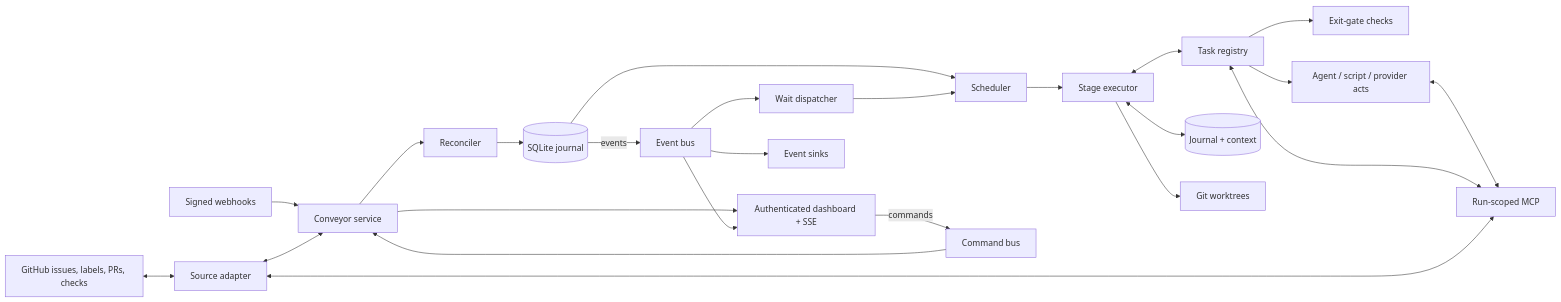
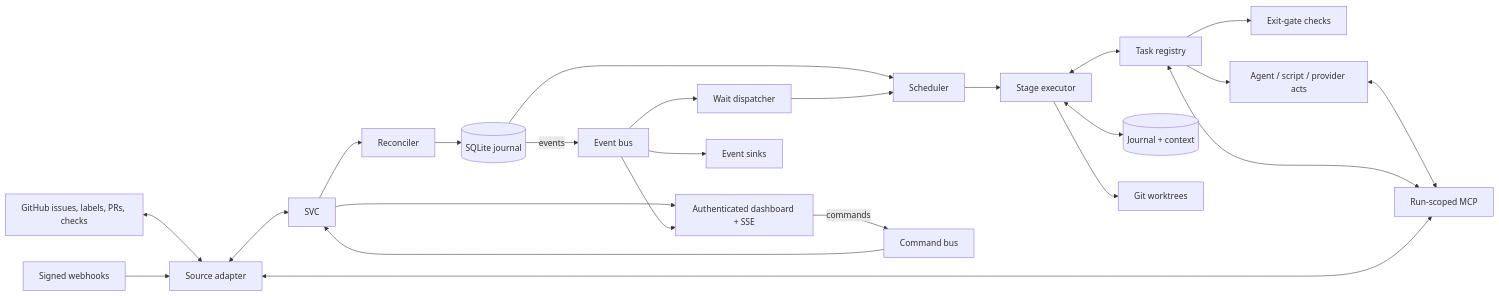
Before and after one commit to Abaniumbay/conveyor: the diagram in docs/architecture.md, drawn with Mermaid. The commit also changed other lines of this file and 27 other files, not shown here.

First line of the commit message:
Architecture phase 4a: webhooks read by the item source plugin into neutral events (#673) (#687)

````diff
--- a/docs/architecture.md
+++ b/docs/architecture.md
@@ -20,26 +20,26 @@
 ```mermaid
 flowchart LR
   GH[GitHub issues, labels, PRs, checks] <--> SA[Source adapter]
-  WH[Signed webhooks] --> SVC[Conveyor service]
+  WH[Signed webhooks] --> SA
   SA <--> SVC
   SVC --> REC[Reconciler]
   REC --> DB[(SQLite journal)]
   DB --> SCH[Scheduler]
   SCH --> EXE[Stage executor]
   EXE <--> REG[Task registry]
   EXE <--> JNL[(Journal + context)]
   REG --> GATE[Exit-gate checks]
   REG --> RUN[Agent / script / provider acts]
   RUN <--> MCP[Run-scoped MCP]
   MCP <--> REG
   MCP <--> SA
   EXE --> WT[Git worktrees]
   SVC --> WEB[Authenticated dashboard + SSE]
   WEB -- commands --> CMD[Command bus]
   CMD --> SVC
   DB -- events --> BUS[Event bus]
   BUS --> WEB
   BUS --> WD[Wait dispatcher]
   WD --> SCH
   BUS --> SINK[Event sinks]
 ```
````
